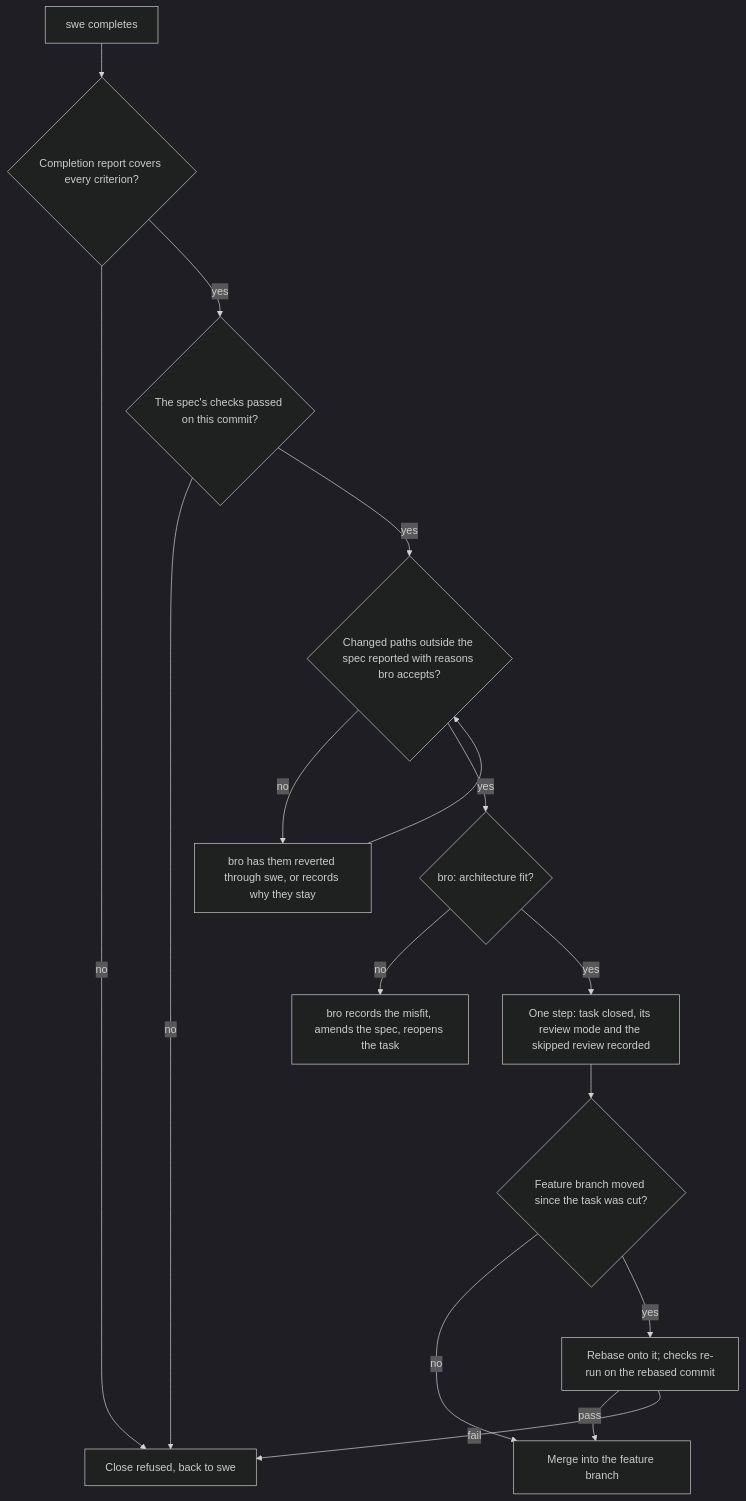
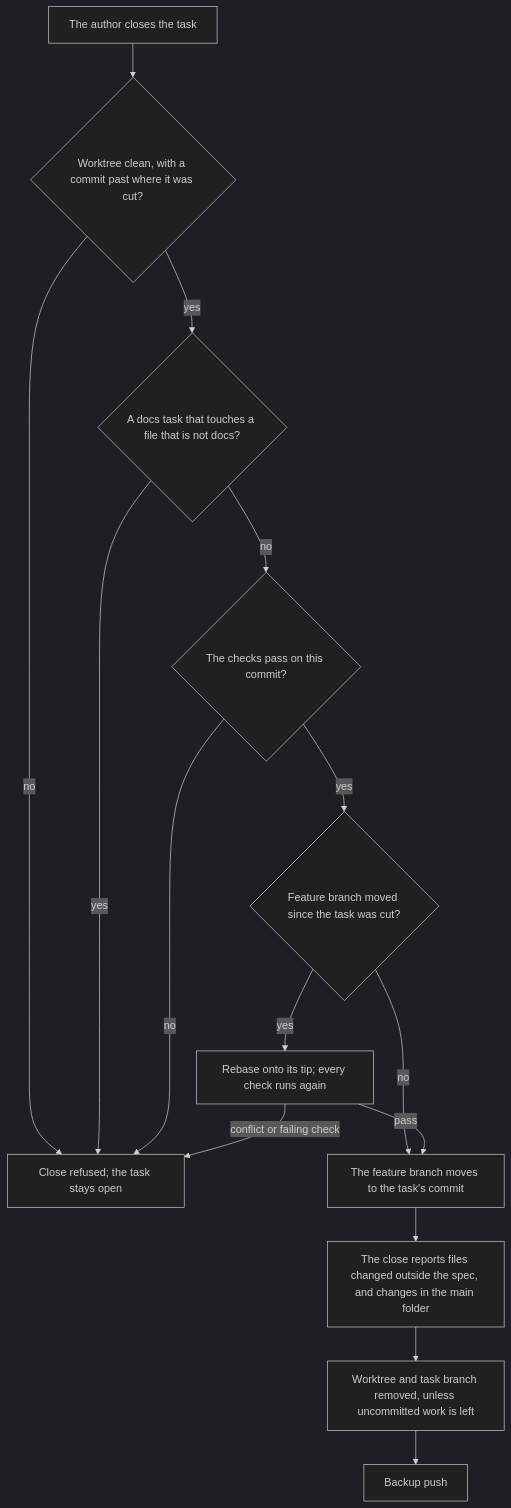
The fifth of 8 diagrams in docs/architecture/AGILE.md (trustmybot/tmb), drawn with Mermaid (dark theme) before and after one commit. The commit also changed other lines of this file and 38 other files, not shown here.

````diff
--- a/docs/architecture/AGILE.md
+++ b/docs/architecture/AGILE.md
@@ -123,18 +120,17 @@
 ```mermaid
 flowchart TD
-    A[swe completes] --> B{Completion report covers every criterion?}
-    B -- no --> X1[Close refused, back to swe]
-    B -- yes --> C{The spec's checks passed on this commit?}
+    A[The author closes the task] --> B{Worktree clean, with a commit past where it was cut?}
+    B -- no --> X1[Close refused; the task stays open]
+    B -- yes --> K{"A docs task that touches a file that is not docs?"}
+    K -- yes --> X1
+    K -- no --> C{"The checks pass on this commit?"}
     C -- no --> X1
-    C -- yes --> D{Changed paths outside the spec reported with reasons bro accepts?}
-    D -- no --> X2[bro has them reverted through swe, or records why they stay]
-    X2 --> D
-    D -- yes --> E{bro: architecture fit?}
-    E -- no --> X3[bro records the misfit, amends the spec, reopens the task]
-    E -- yes --> F[One step: task closed, its review mode and the skipped review recorded]
-    F --> G{Feature branch moved since the task was cut?}
-    G -- no --> P[Merge into the feature branch]
-    G -- yes --> I[Rebase onto it; checks re-run on the rebased commit]
+    C -- yes --> G{Feature branch moved since the task was cut?}
+    G -- no --> P[The feature branch moves to the task's commit]
+    G -- yes --> I[Rebase onto its tip; every check runs again]
     I -- pass --> P
-    I -- fail --> X1
+    I -- "conflict or failing check" --> X1
+    P --> R[The close reports files changed outside the spec, and changes in the main folder]
+    R --> W[Worktree and task branch removed, unless uncommitted work is left]
+    W --> U[Backup push]
 ```
````
